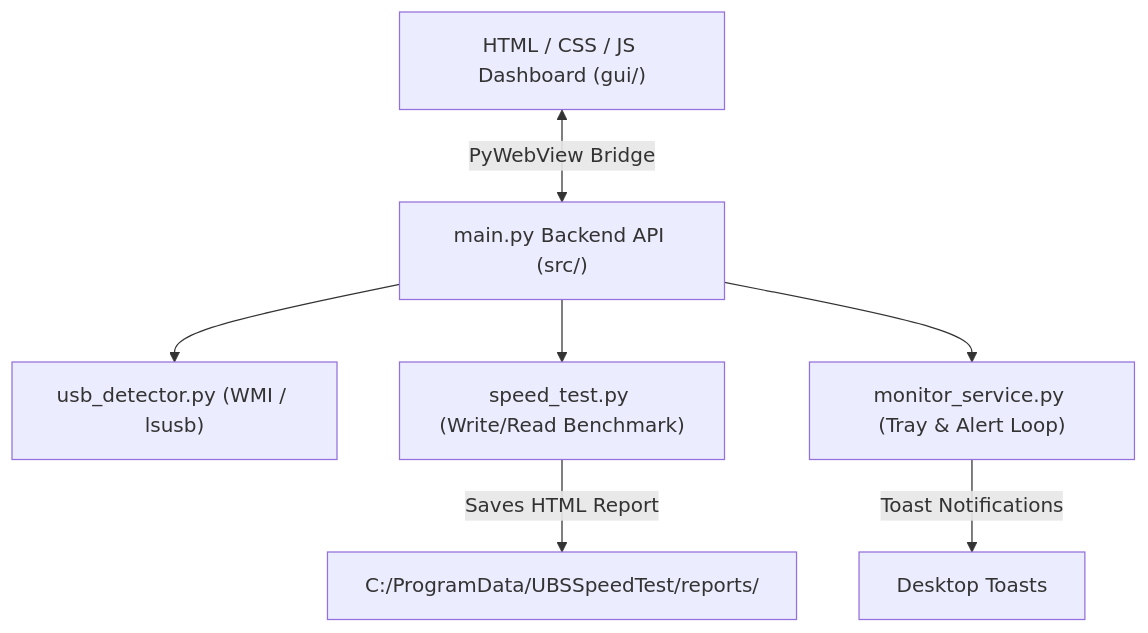
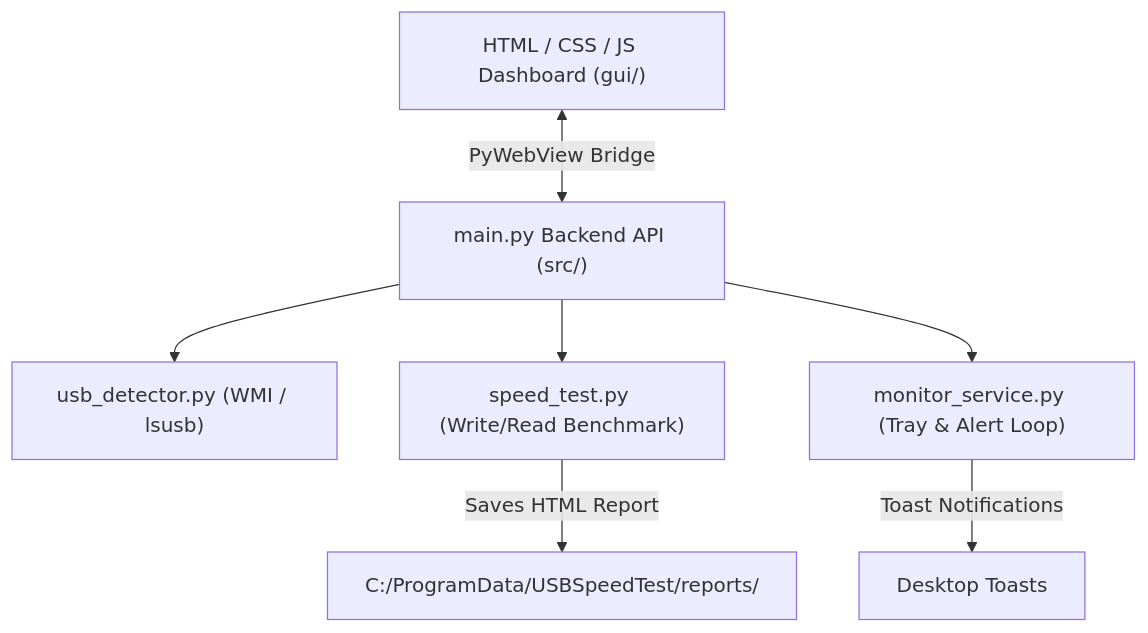
The diagram in README.md (pellurisrinath/USBSpeedTester), drawn with Mermaid before and after one commit. The commit also changed other lines of this file and 6 other files, not shown here.

Commit message:
Fix installation path typo from UBSSpeedTest to USBSpeedTest and update plan

````diff
--- a/README.md
+++ b/README.md
@@ -46,9 +46,9 @@
 ```mermaid
 graph TD
     UI["HTML / CSS / JS Dashboard (gui/)"] <--> |PyWebView Bridge| PyAPI["main.py Backend API (src/)"]
     PyAPI --> USB["usb_detector.py (WMI / lsusb)"]
     PyAPI --> Bench["speed_test.py (Write/Read Benchmark)"]
     PyAPI --> Service["monitor_service.py (Tray & Alert Loop)"]
-    Bench --> |Saves HTML Report| Reports["C:/ProgramData/UBSSpeedTest/reports/"]
+    Bench --> |Saves HTML Report| Reports["C:/ProgramData/USBSpeedTest/reports/"]
     Service --> |Toast Notifications| User["Desktop Toasts"]
 ```
````
